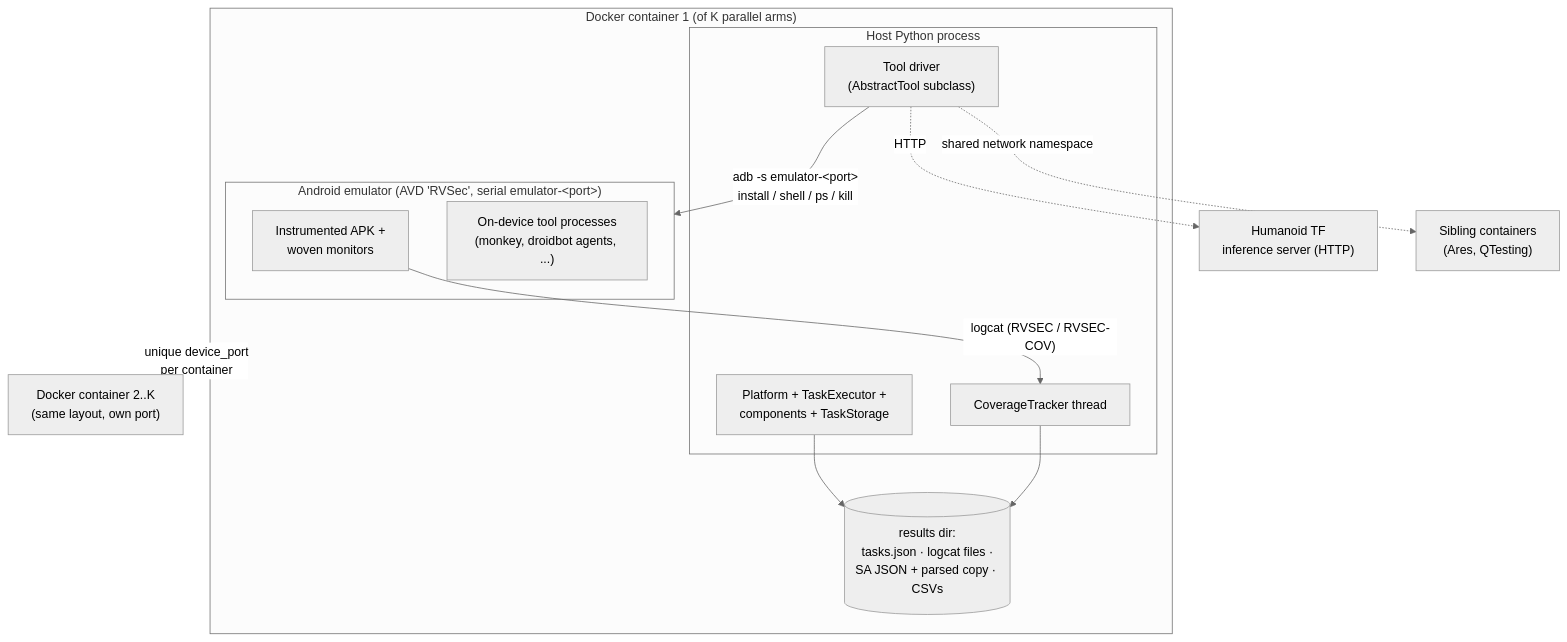
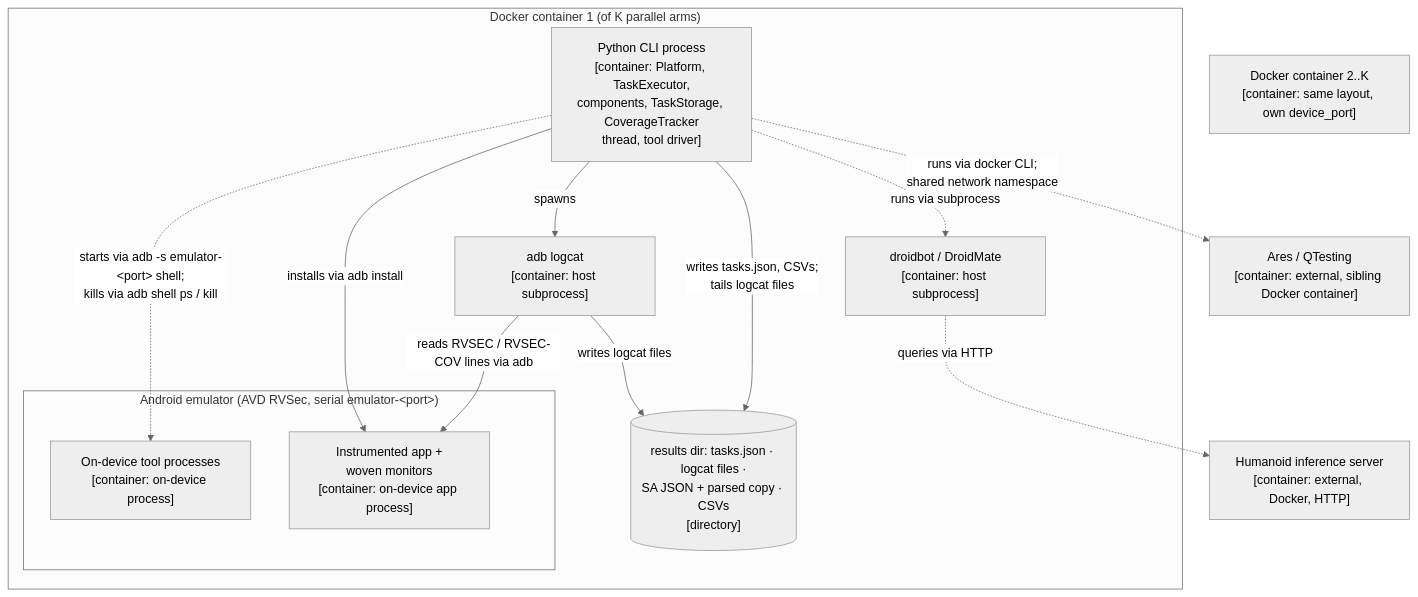
Before and after one commit to PAMunb/rvsec: the sixth of 6 diagrams in rv-android/docs/architecture/rv-platform.md, drawn with Mermaid. The commit also changed other lines of this file and 7 other files, not shown here.

````diff
--- a/rv-android/docs/architecture/rv-platform.md
+++ b/rv-android/docs/architecture/rv-platform.md
@@ -1327,28 +1449,30 @@
 ```mermaid
 %%{init: {'theme': 'neutral'}}%%
 flowchart TB
+    %% Source: modules/rv-android-core/src/rv_android_core/util/android/emulator_manager.py, modules/rv-android-core/src/rv_android_core/util/android/android.py, modules/rv-android-core/src/rv_android_core/util/android/logcat_manager.py, modules/rv-platform/src/rv_platform/device.py, modules/rv-tools/src/rv_tools/builtin/ares/tool.py, modules/rv-tools/src/rv_tools/builtin/qtesting/tool.py, modules/rv-tools/src/rv_tools/builtin/humanoid/tool.py
+    %% Omitted: the components inside the Python process (Diagrams 4 and 5)
     subgraph container1["Docker container 1 (of K parallel arms)"]
-        subgraph hostproc["Host Python process"]
-            plat["Platform + TaskExecutor +<br/>components + TaskStorage"]
-            trk["CoverageTracker thread"]
-            drv["Tool driver<br/>(AbstractTool subclass)"]
+        py["Python CLI process<br/>[container: Platform, TaskExecutor,<br/>components, TaskStorage, CoverageTracker<br/>thread, tool driver]"]
+        adblog["adb logcat<br/>[container: host subprocess]"]
+        hosttool["droidbot / DroidMate<br/>[container: host subprocess]"]
+        subgraph emunode["Android emulator (AVD RVSec, serial emulator-&lt;port&gt;)"]
+            apkNode["Instrumented app +<br/>woven monitors<br/>[container: on-device app process]"]
+            devtool["On-device tool processes<br/>[container: on-device process]"]
         end
-        subgraph emunode["Android emulator (AVD 'RVSec', serial emulator-&lt;port&gt;)"]
-            apkNode["Instrumented APK +<br/>woven monitors"]
-            devtool["On-device tool processes<br/>(monkey, droidbot agents, ...)"]
-        end
-        resultsdir[("results dir:<br/>tasks.json · logcat files ·<br/>SA JSON + parsed copy · CSVs")]
+        resultsdir[("results dir: tasks.json · logcat files ·<br/>SA JSON + parsed copy · CSVs<br/>[directory]")]
     end
 
-    container2["Docker container 2..K<br/>(same layout, own port)"]
-    siblings["Sibling containers<br/>(Ares, QTesting)"]
-    humanoidsrv["Humanoid TF<br/>inference server (HTTP)"]
+    container2["Docker container 2..K<br/>[container: same layout, own device_port]"]
+    siblings["Ares / QTesting<br/>[container: external, sibling Docker container]"]
+    humanoidsrv["Humanoid inference server<br/>[container: external, Docker, HTTP]"]
 
-    drv -->|"adb -s emulator-&lt;port&gt;<br/>install / shell / ps / kill"| emunode
-    apkNode -->|"logcat (RVSEC / RVSEC-COV)"| trk
-    plat --> resultsdir
-    trk --> resultsdir
-    drv -.->|"shared network namespace"| siblings
-    drv -.->|"HTTP"| humanoidsrv
-    container1 -.-|"unique device_port<br/>per container"| container2
+    py -.->|"starts via adb -s emulator-&lt;port&gt; shell;<br/>kills via adb shell ps / kill"| devtool
+    py -->|"installs via adb install"| apkNode
+    py -->|"spawns"| adblog
+    adblog -->|"reads RVSEC / RVSEC-COV lines via adb"| apkNode
+    adblog -->|"writes logcat files"| resultsdir
+    py -->|"writes tasks.json, CSVs;<br/>tails logcat files"| resultsdir
+    py -.->|"runs via subprocess"| hosttool
+    hosttool -.->|"queries via HTTP"| humanoidsrv
+    py -.->|"runs via docker CLI;<br/>shared network namespace"| siblings
 ```
````
